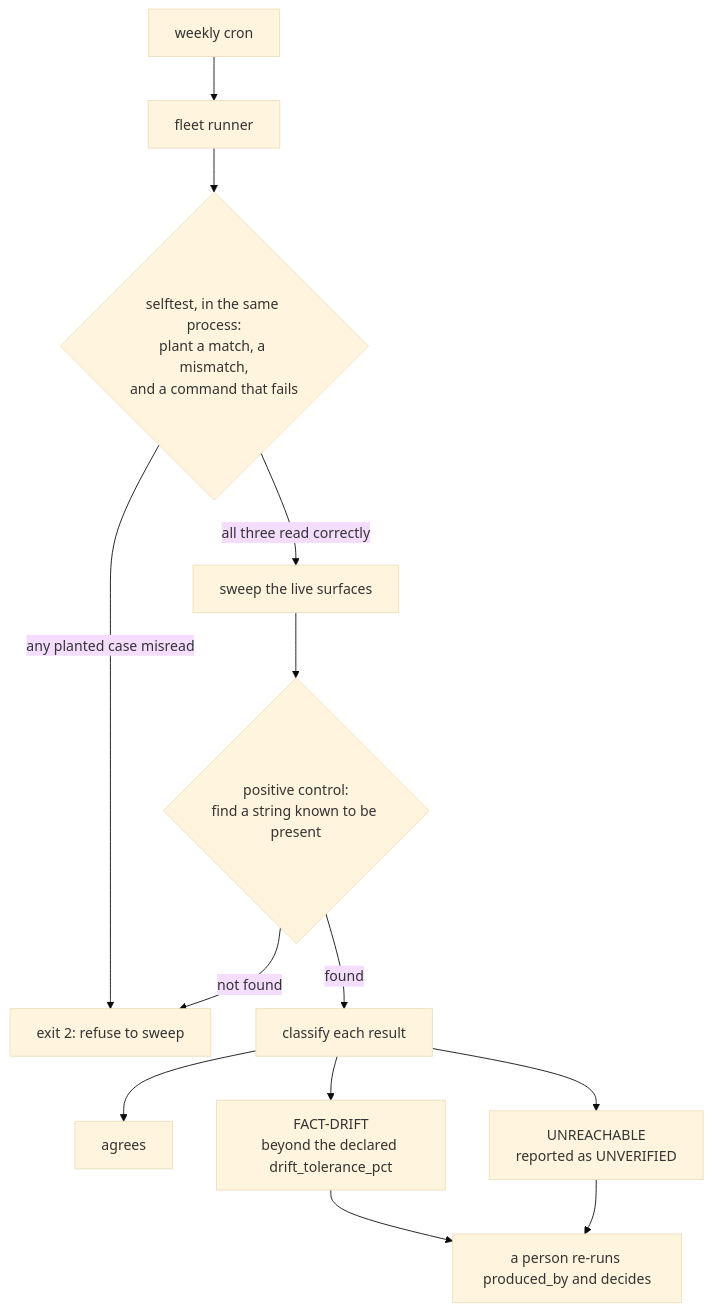
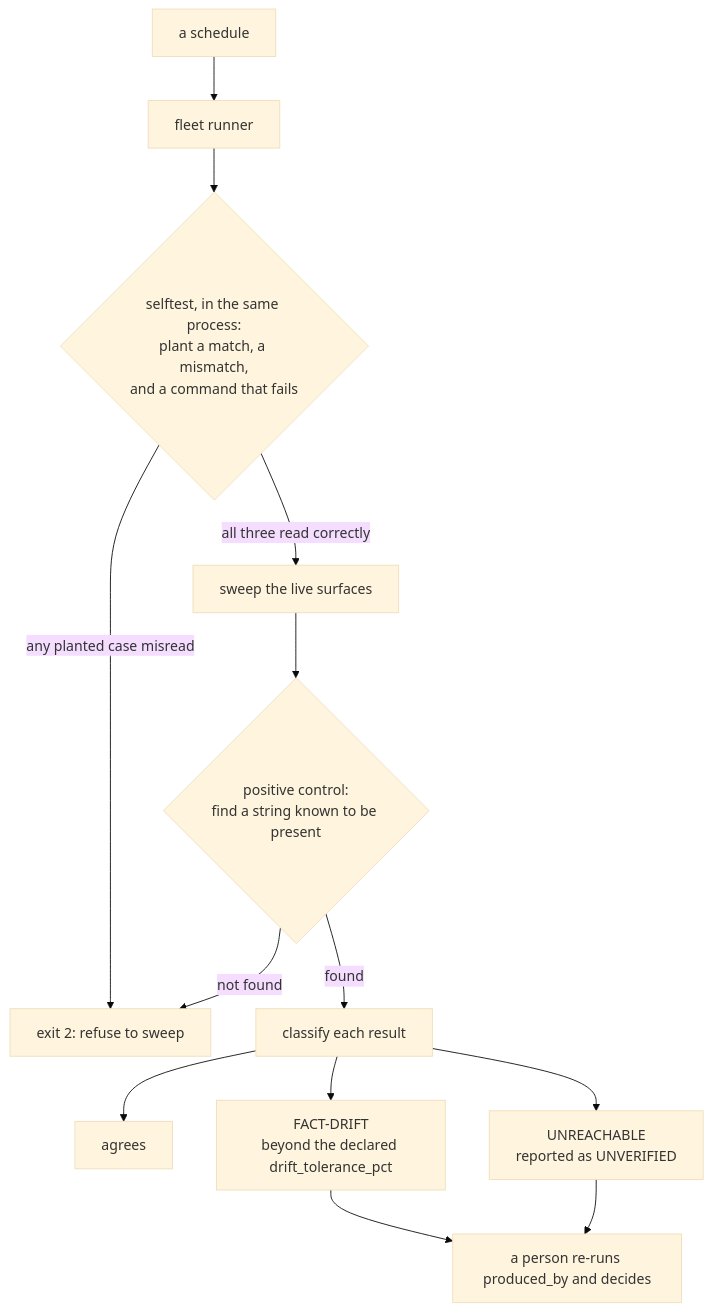
Before and after one commit to abgnydn/publishing-estate: the second of 3 diagrams in README.md, drawn with Mermaid (base theme). The commit also changed other lines of this file and 6 other files, not shown here.

````diff
--- a/README.md
+++ b/README.md
@@ -195,15 +202,15 @@
 ```mermaid
 flowchart TD
-  C["weekly cron"] --> R["fleet runner"]
+  C["a schedule"] --> R["fleet runner"]
   R --> ST{"selftest, in the same process:<br/>plant a match, a mismatch,<br/>and a command that fails"}
   ST -->|"any planted case misread"| AB["exit 2: refuse to sweep"]
   ST -->|"all three read correctly"| SW["sweep the live surfaces"]
   SW --> PC{"positive control:<br/>find a string known to be present"}
   PC -->|"not found"| AB
   PC -->|"found"| CL["classify each result"]
   CL --> OK["agrees"]
   CL --> DR["FACT-DRIFT<br/>beyond the declared drift_tolerance_pct"]
   CL --> UN["UNREACHABLE<br/>reported as UNVERIFIED"]
   DR --> H["a person re-runs produced_by and decides"]
   UN --> H
 ```
````
